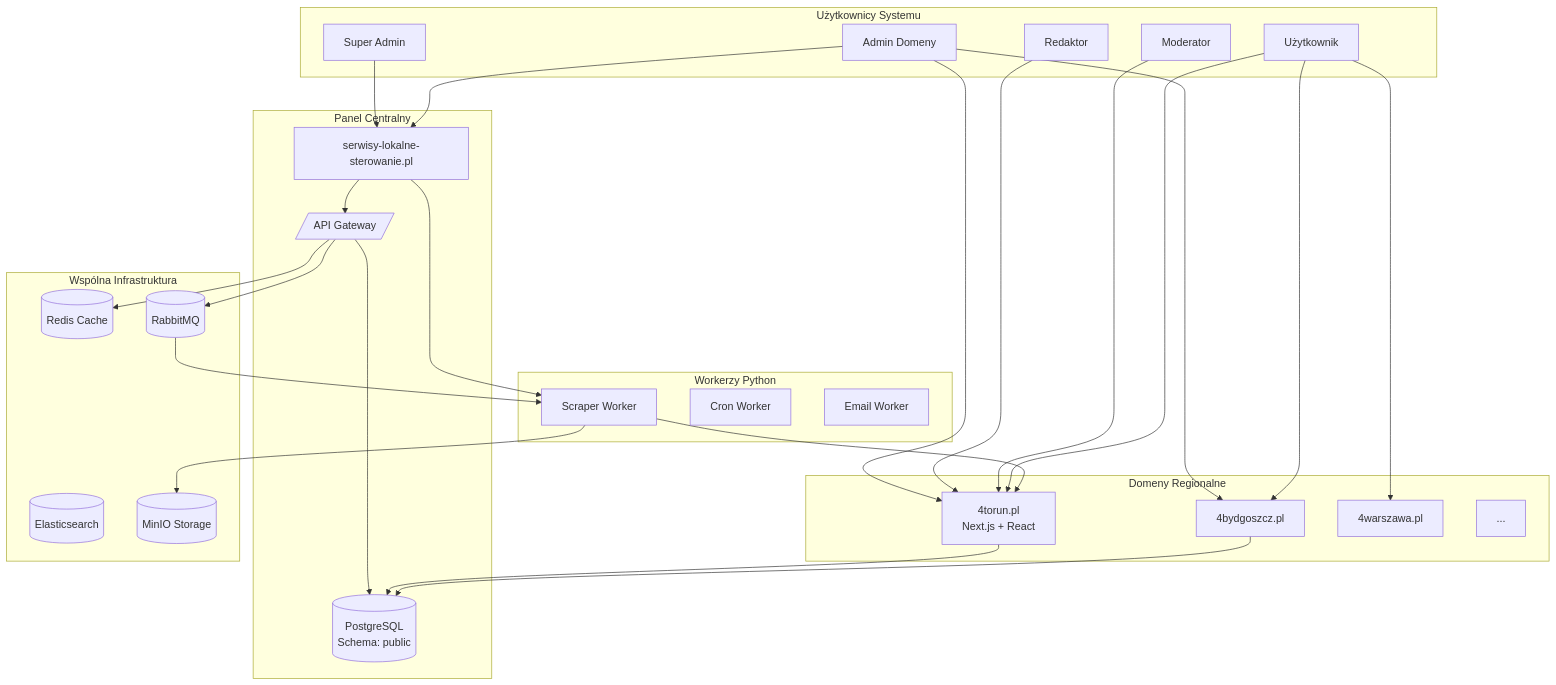
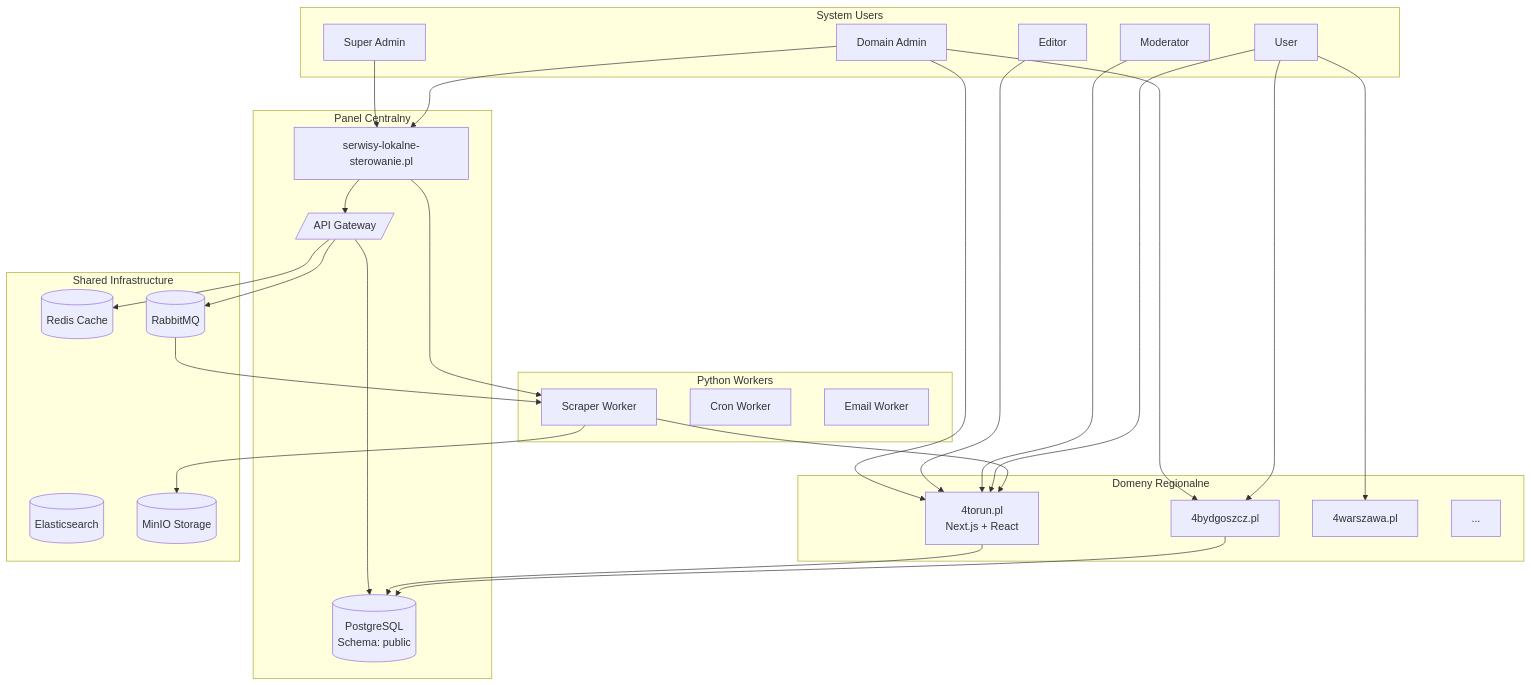
One commit to skidrow-cracked/share changed the first of 8 diagrams in README.md. Above: the diagram before and after it, drawn with Mermaid. The commit also changed other lines of this file, not shown here.

````diff
--- a/README.md
+++ b/README.md
@@ -41,59 +41,59 @@
 ```mermaid
 graph TB
-    subgraph "Użytkownicy Systemu"
+    subgraph "System Users"
         UA[Super Admin]
-        UB[Admin Domeny]
-        UC[Redaktor]
+        UB[Domain Admin]
+        UC[Editor]
         UD[Moderator]
-        UE[Użytkownik]
+        UE[User]
     end
 
     subgraph "Panel Centralny"
         PC[serwisy-lokalne-sterowanie.pl]
         PC_API[/API Gateway/]
         PC_DB[(PostgreSQL<br/>Schema: public)]
     end
 
     subgraph "Domeny Regionalne"
         D1[4torun.pl<br/>Next.js + React]
         D2[4bydgoszcz.pl]
         D3[4warszawa.pl]
         D4[...]
     end
 
-    subgraph "Wspólna Infrastruktura"
+    subgraph "Shared Infrastructure"
         REDIS[(Redis Cache)]
         RMQ[(RabbitMQ)]
         ES[(Elasticsearch)]
         MINIO[(MinIO Storage)]
     end
 
-    subgraph "Workerzy Python"
+    subgraph "Python Workers"
         W1[Scraper Worker]
         W2[Cron Worker]
         W3[Email Worker]
     end
 
     UA --> PC
     UB --> PC
     UB --> D1
     UB --> D2
     UC --> D1
     UD --> D1
     UE --> D1
     UE --> D2
     UE --> D3
 
     PC --> PC_API
     PC_API --> PC_DB
     PC_API --> REDIS
     PC_API --> RMQ
     
     D1 --> PC_DB
     D2 --> PC_DB
     
     PC --> W1
     RMQ --> W1
     W1 --> D1
     W1 --> MINIO
 ```
````
